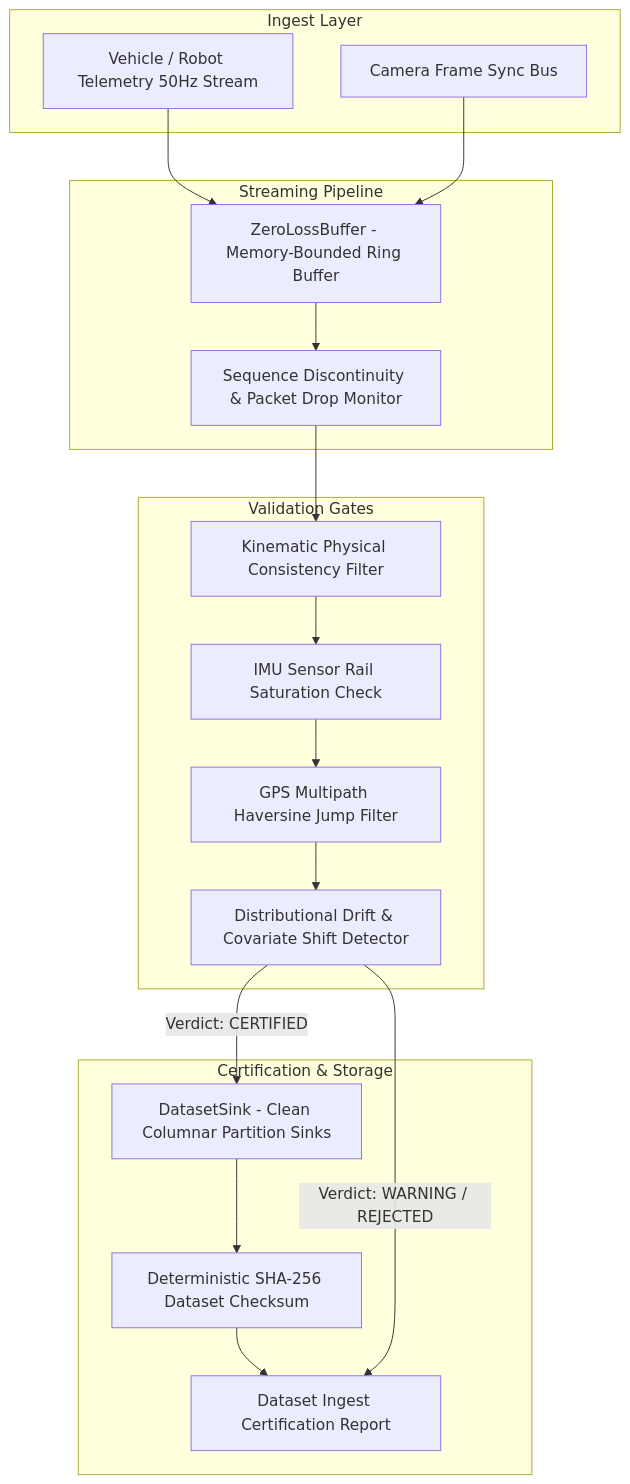
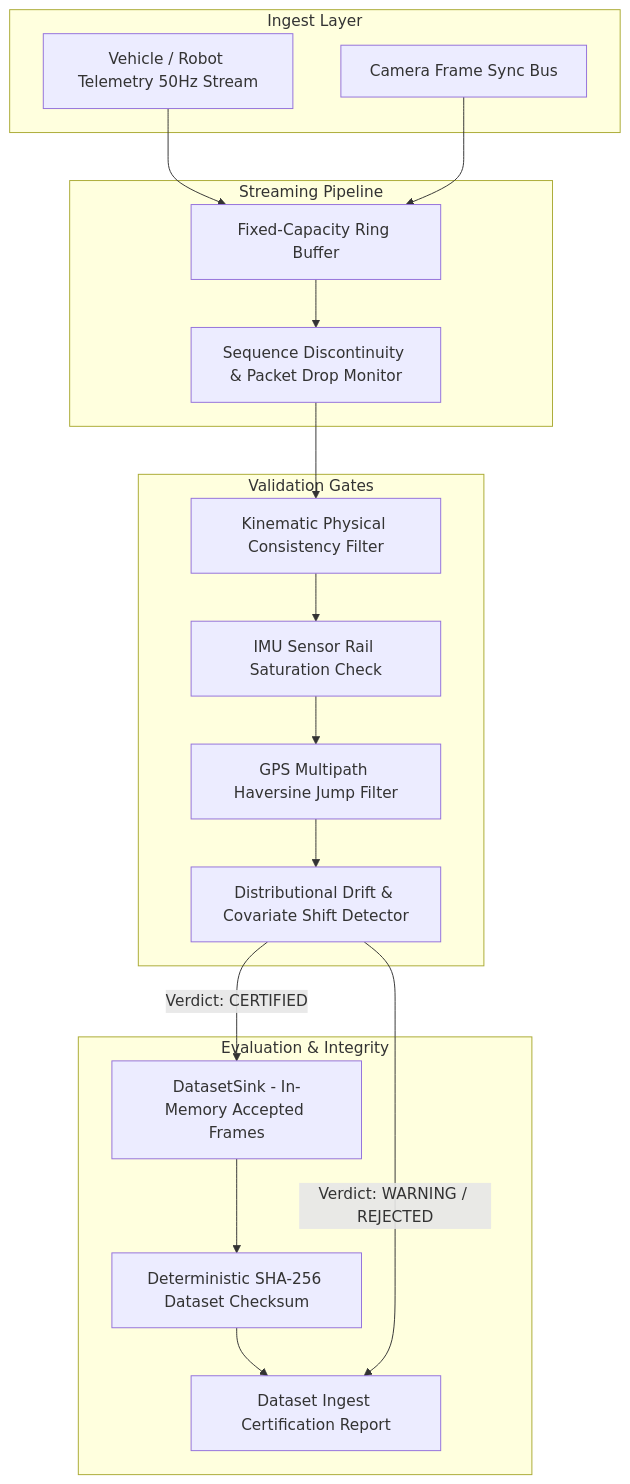
One commit to elura172/telemetry-eval-engine changed the diagram in README.md. Above: the diagram before and after it, drawn with Mermaid. The commit also changed other lines of this file and 14 other files, not shown here.

````diff
--- a/README.md
+++ b/README.md
@@ -30,38 +31,38 @@
 ```mermaid
 flowchart TD
     subgraph Ingest Layer
         CAN[Vehicle / Robot Telemetry 50Hz Stream]
         CAM[Camera Frame Sync Bus]
     end
 
     subgraph Streaming Pipeline
-        ZLB[ZeroLossBuffer - Memory-Bounded Ring Buffer]
+        ZLB[Fixed-Capacity Ring Buffer]
         SEQ[Sequence Discontinuity & Packet Drop Monitor]
     end
 
     subgraph Validation Gates
         KIN[Kinematic Physical Consistency Filter]
         IMU[IMU Sensor Rail Saturation Check]
         GPS[GPS Multipath Haversine Jump Filter]
         DRIFT[Distributional Drift & Covariate Shift Detector]
     end
 
-    subgraph Certification & Storage
-        CLEAN[DatasetSink - Clean Columnar Partition Sinks]
+    subgraph Evaluation & Integrity
+        CLEAN[DatasetSink - In-Memory Accepted Frames]
         SHA[Deterministic SHA-256 Dataset Checksum]
         REP[Dataset Ingest Certification Report]
     end
 
     CAN --> ZLB
     CAM --> ZLB
     ZLB --> SEQ
     SEQ --> KIN
     KIN --> IMU
     IMU --> GPS
     GPS --> DRIFT
 
     DRIFT -->|Verdict: CERTIFIED| CLEAN
     CLEAN --> SHA
     SHA --> REP
     DRIFT -->|Verdict: WARNING / REJECTED| REP
 ```
````
